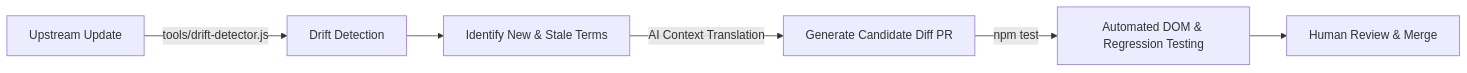
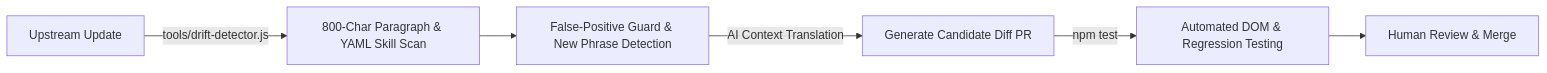
Before and after one commit to yiheng8023/antigravity-chinese: the diagram in README.en.md, drawn with Mermaid. The commit also changed other lines of this file and 14 other files, not shown here.

Commit message:
release: v3.3.7 eliminate false-positive blind spots, add inline DOM reordering & 660+ UI/skill entries

````diff
--- a/README.en.md
+++ b/README.en.md
@@ -139,8 +142,8 @@
 ```mermaid
 flowchart LR
-    A[Upstream Update] -->|tools/drift-detector.js| B[Drift Detection]
-    B --> C[Identify New & Stale Terms]
+    A[Upstream Update] -->|tools/drift-detector.js| B[800-Char Paragraph & YAML Skill Scan]
+    B --> C[False-Positive Guard & New Phrase Detection]
     C -->|AI Context Translation| D[Generate Candidate Diff PR]
     D -->|npm test| E[Automated DOM & Regression Testing]
     E --> F[Human Review & Merge]
 ```
````
